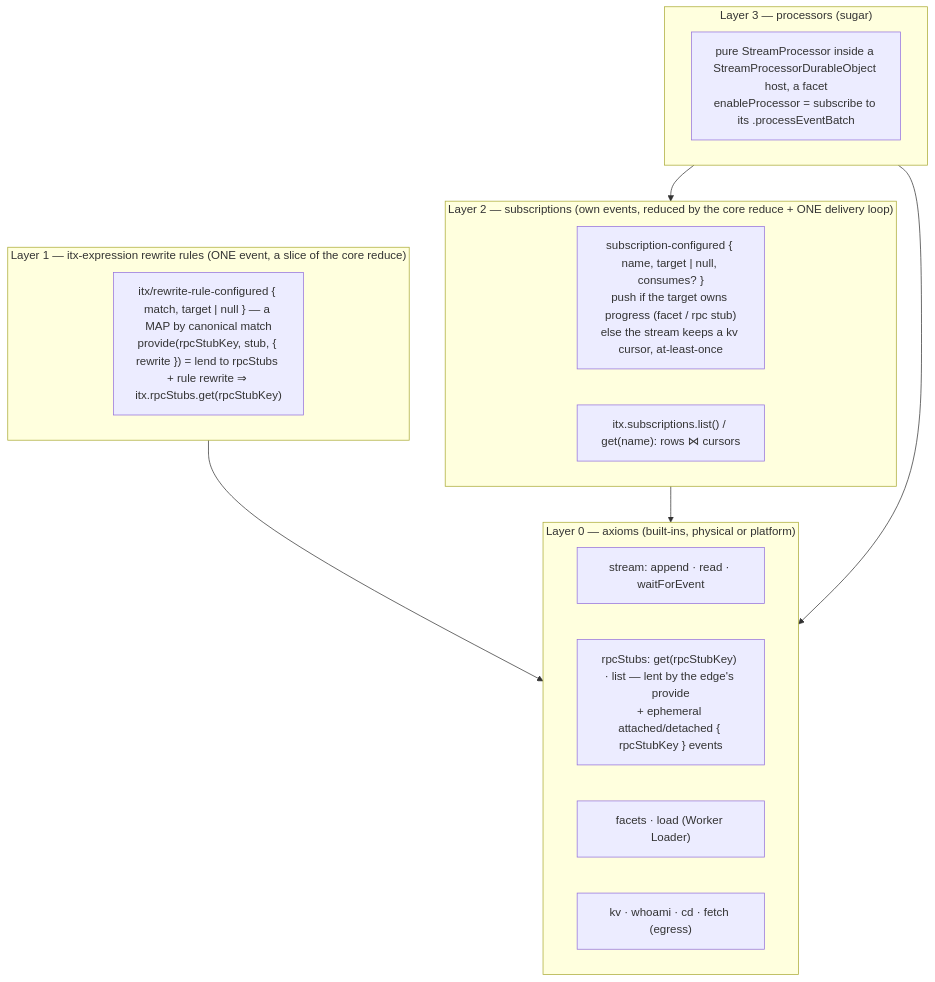
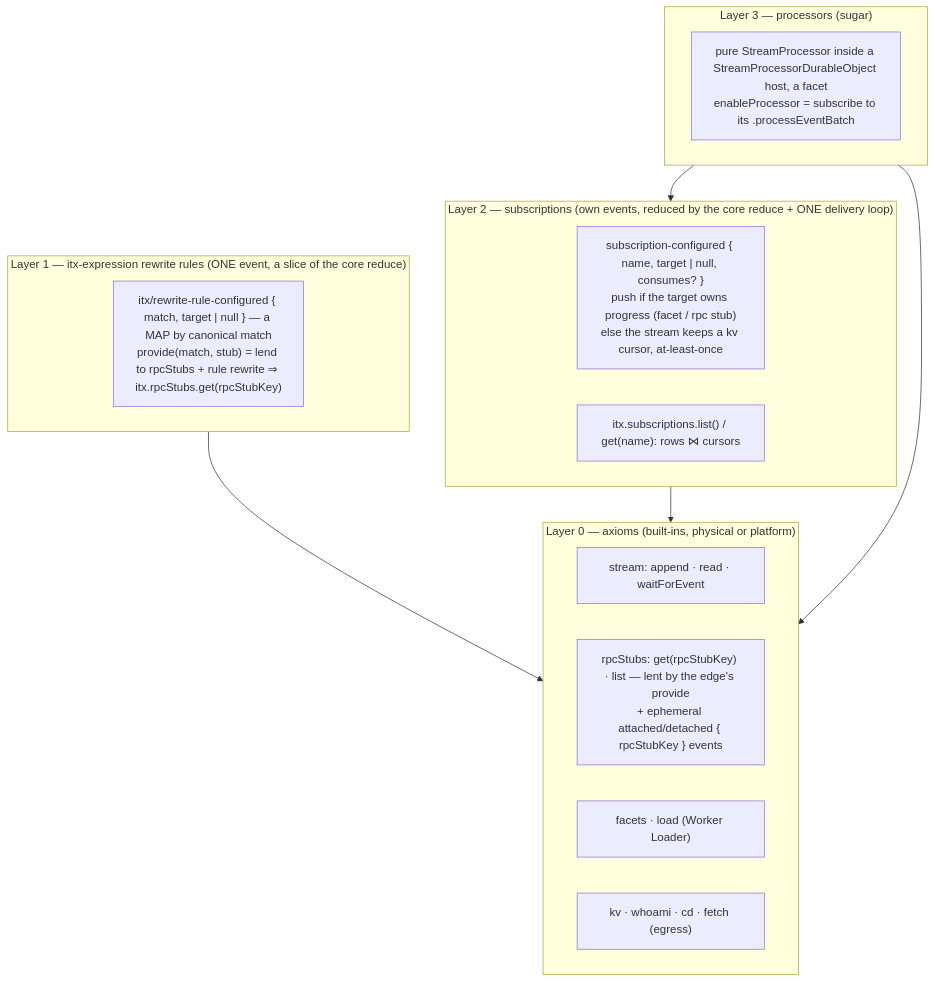
One commit to iterate/iterate changed the diagram in packages/v3/project-worker/docs/design-onion-subscriptions-processors.md. Above: the diagram before and after it, drawn with Mermaid. The commit also changed other lines of this file and 43 other files, not shown here.

First line of the commit message:
Clean-room A: ONE front door — provide(match, stub | expression | null); rewrite deleted; key = canonical match; itx.rewriteRules

````diff
--- a/packages/v3/project-worker/docs/design-onion-subscriptions-processors.md
+++ b/packages/v3/project-worker/docs/design-onion-subscriptions-processors.md
@@ -43,23 +43,23 @@
 ```mermaid
 flowchart TB
   subgraph L0["Layer 0 — axioms (built-ins, physical or platform)"]
     stream["stream: append · read · waitForEvent"]
     stubs["rpcStubs: get(rpcStubKey) · list — lent by the edge's provide<br/>+ ephemeral attached/detached { rpcStubKey } events"]
     facets["facets · load (Worker Loader)"]
     misc["kv · whoami · cd · fetch (egress)"]
   end
   subgraph L1["Layer 1 — itx-expression rewrite rules (ONE event, a slice of the core reduce)"]
-    rule["itx/rewrite-rule-configured { match, target | null } — a MAP by canonical match<br/>provide(rpcStubKey, stub, { rewrite }) = lend to rpcStubs + rule rewrite ⇒ itx.rpcStubs.get(rpcStubKey)"]
+    rule["itx/rewrite-rule-configured { match, target | null } — a MAP by canonical match<br/>provide(match, stub) = lend to rpcStubs + rule rewrite ⇒ itx.rpcStubs.get(rpcStubKey)"]
   end
   subgraph L2["Layer 2 — subscriptions (own events, reduced by the core reduce + ONE delivery loop)"]
     sub["subscription-configured { name, target | null, consumes? }<br/>push if the target owns progress (facet / rpc stub)<br/>else the stream keeps a kv cursor, at-least-once"]
     view["itx.subscriptions.list() / get(name): rows ⋈ cursors"]
   end
   subgraph L3["Layer 3 — processors (sugar)"]
     proc["pure StreamProcessor inside a StreamProcessorDurableObject host, a facet<br/>enableProcessor = subscribe to its .processEventBatch"]
   end
   L1 --> L0
   L2 --> L0
   L3 --> L2
   L3 --> L0
 ```
````
